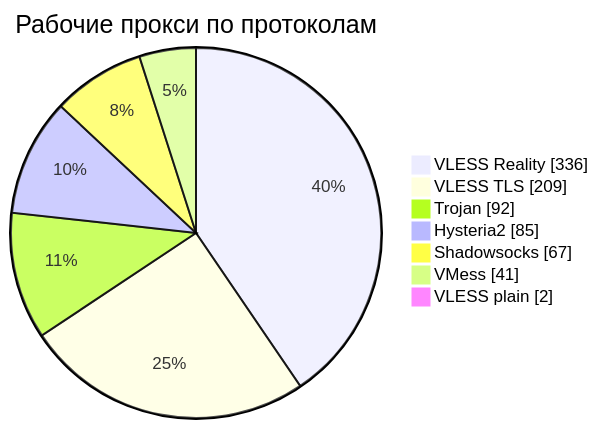
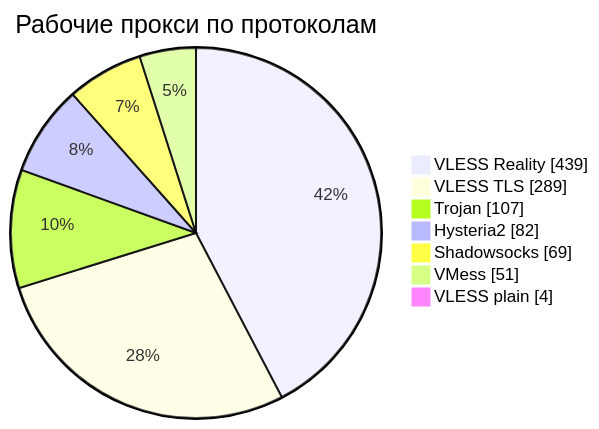
Before and after one commit to rvvg/proxy-subs: the third of 4 diagrams in README.md, drawn with Mermaid. The commit also changed other lines of this file and 54 other files, not shown here.

````diff
--- a/README.md
+++ b/README.md
@@ -138,11 +140,11 @@
 ```mermaid
 pie showData
     title Рабочие прокси по протоколам
-    "VLESS Reality" : 336
-    "VLESS TLS" : 209
-    "Trojan" : 92
-    "Hysteria2" : 85
-    "Shadowsocks" : 67
-    "VMess" : 41
-    "VLESS plain" : 2
+    "VLESS Reality" : 439
+    "VLESS TLS" : 289
+    "Trojan" : 107
+    "Hysteria2" : 82
+    "Shadowsocks" : 69
+    "VMess" : 51
+    "VLESS plain" : 4
 ```
````
